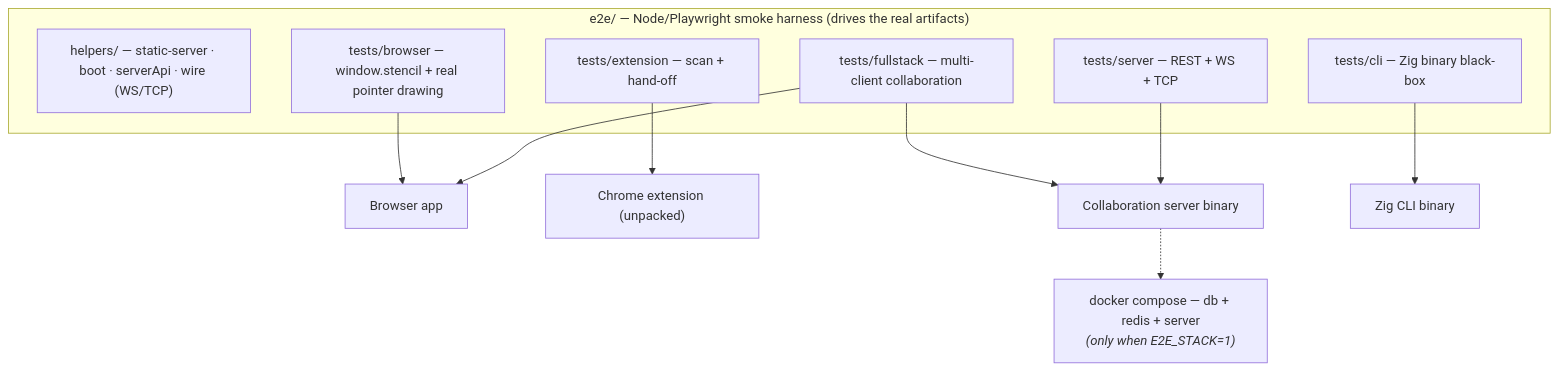
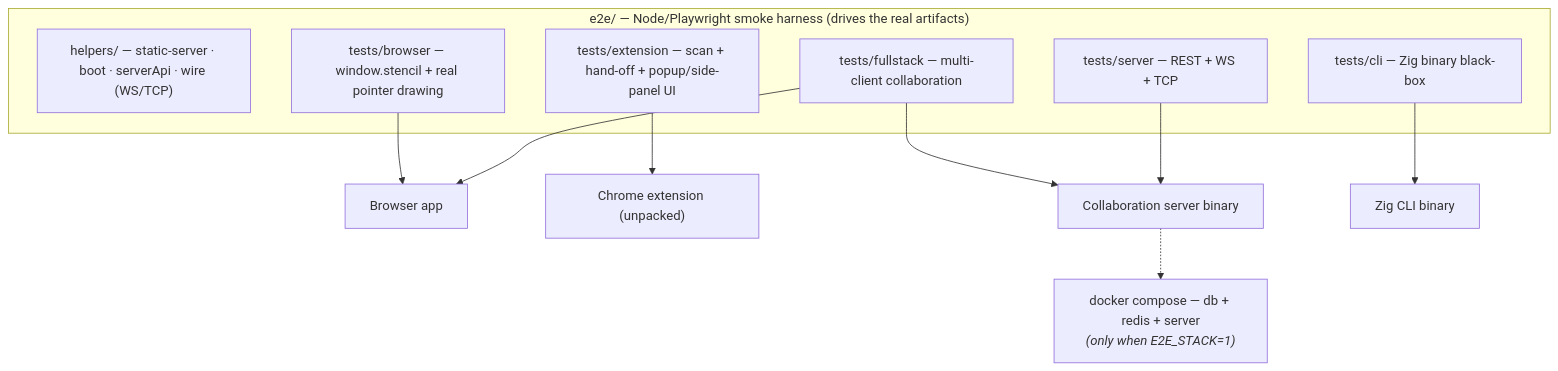
The diagram in e2e/README.md (andrew1407/stencil), drawn with Mermaid before and after one commit. The commit also changed other lines of this file and 44 other files, not shown here.

````diff
--- a/e2e/README.md
+++ b/e2e/README.md
@@ -16,24 +16,24 @@
 ```mermaid
 graph TD
     subgraph E2E["e2e/ — Node/Playwright smoke harness (drives the real artifacts)"]
       HELP["helpers/ — static-server · boot · serverApi · wire (WS/TCP)"]
       TB["tests/browser — window.stencil + real pointer drawing"]
-      TE["tests/extension — scan + hand-off"]
+      TE["tests/extension — scan + hand-off + popup/side-panel UI"]
       TF["tests/fullstack — multi-client collaboration"]
       TS["tests/server — REST + WS + TCP"]
       TC["tests/cli — Zig binary black-box"]
     end
     WEB["Browser app"]
     EXT["Chrome extension (unpacked)"]
     SRV["Collaboration server binary"]
     CLI["Zig CLI binary"]
     STACK["docker compose — db + redis + server<br/><i>(only when E2E_STACK=1)</i>"]
 
     TB --> WEB
     TE --> EXT
     TF --> WEB
     TF --> SRV
     TS --> SRV
     TC --> CLI
     SRV -.-> STACK
 ```
````
